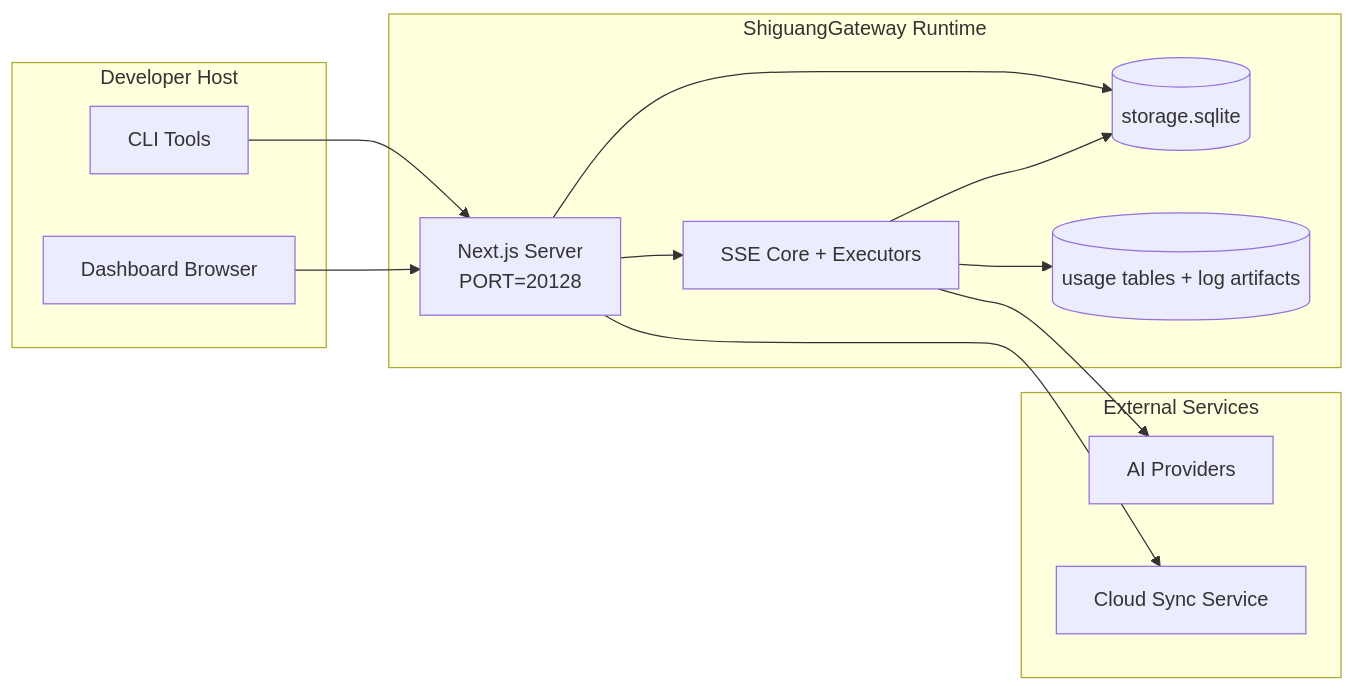
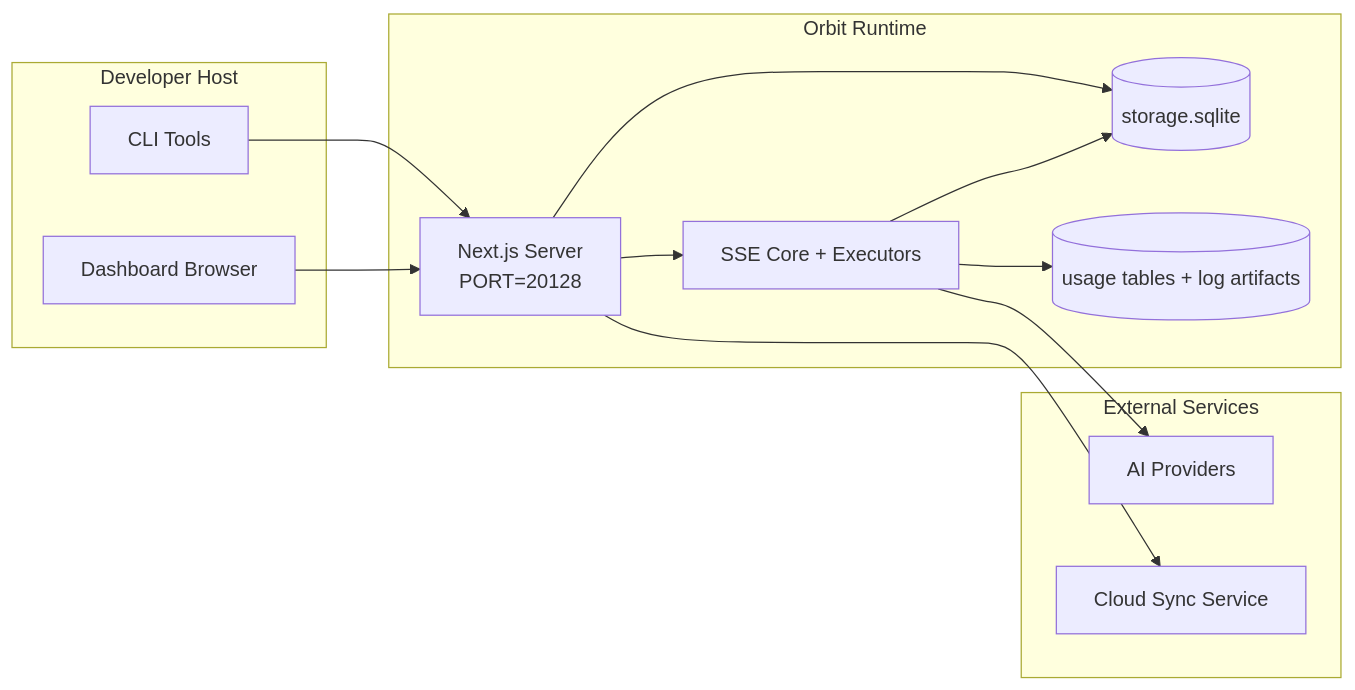
One commit to shiguang-lab/orbit changed the seventh of 7 diagrams in packages/core/docs/i18n/ar/docs/architecture/ARCHITECTURE.md. Above: the diagram before and after it, drawn with Mermaid. The commit also changed other lines of this file and 2405 other files, not shown here.

Commit message:
refactor: retire Shiguang Gateway identifiers

````diff
--- a/packages/core/docs/i18n/ar/docs/architecture/ARCHITECTURE.md
+++ b/packages/core/docs/i18n/ar/docs/architecture/ARCHITECTURE.md
@@ -583,28 +583,28 @@
 ```mermaid
 flowchart LR
     subgraph LocalHost[Developer Host]
         CLI[CLI Tools]
         Browser[Dashboard Browser]
     end
 
-    subgraph ContainerOrProcess[ShiguangGateway Runtime]
+    subgraph ContainerOrProcess[Orbit Runtime]
         Next[Next.js Server\nPORT=20128]
         Core[SSE Core + Executors]
         MainDB[(storage.sqlite)]
         UsageDB[(usage tables + log artifacts)]
     end
 
     subgraph External[External Services]
         Providers[AI Providers]
         SyncCloud[Cloud Sync Service]
     end
 
     CLI --> Next
     Browser --> Next
     Next --> Core
     Next --> MainDB
     Core --> MainDB
     Core --> UsageDB
     Core --> Providers
     Next --> SyncCloud
 ```
````
